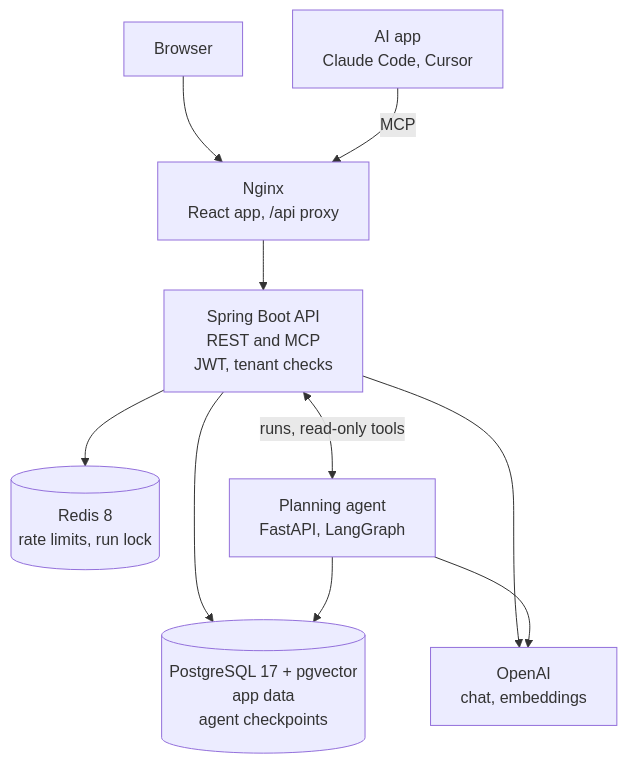
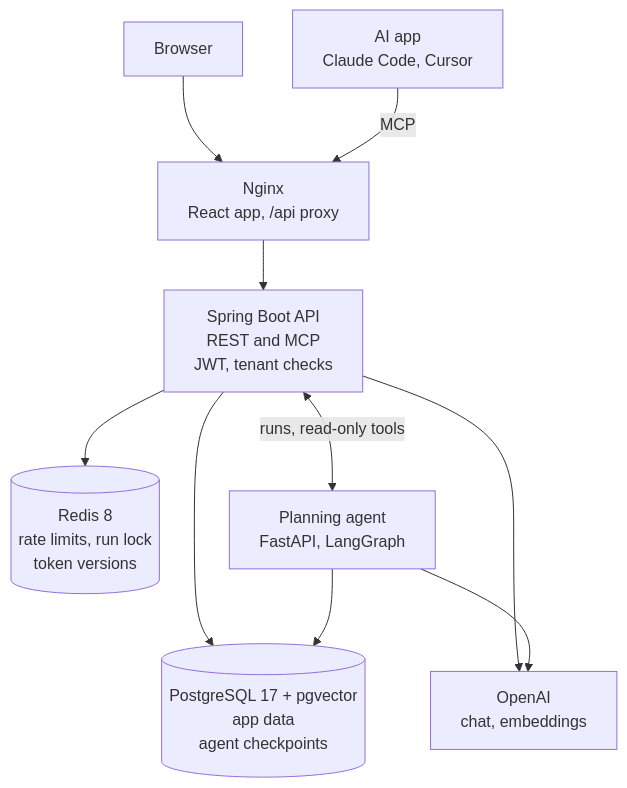
Before and after one commit to vokyo/FlowAi: the diagram in README.md, drawn with Mermaid. The commit also changed other lines of this file, not shown here.

First line of the commit message:
docs: describe the token version cache

````diff
--- a/README.md
+++ b/README.md
@@ -93,21 +95,21 @@
 ```mermaid
 flowchart TB
     Browser["Browser"]
     AiApp["AI app<br/>Claude Code, Cursor"]
     Nginx["Nginx<br/>React app, /api proxy"]
     API["Spring Boot API<br/>REST and MCP<br/>JWT, tenant checks"]
-    Redis[("Redis 8<br/>rate limits, run lock")]
+    Redis[("Redis 8<br/>rate limits, run lock<br/>token versions")]
     Agent["Planning agent<br/>FastAPI, LangGraph"]
     DB[("PostgreSQL 17 + pgvector<br/>app data<br/>agent checkpoints")]
     OpenAI["OpenAI<br/>chat, embeddings"]
 
     Browser --> Nginx
     AiApp -->|MCP| Nginx
     Nginx --> API
     API --> Redis
     API <-->|"runs, read-only tools"| Agent
     API --> DB
     API --> OpenAI
     Agent --> DB
     Agent --> OpenAI
 ```
````
